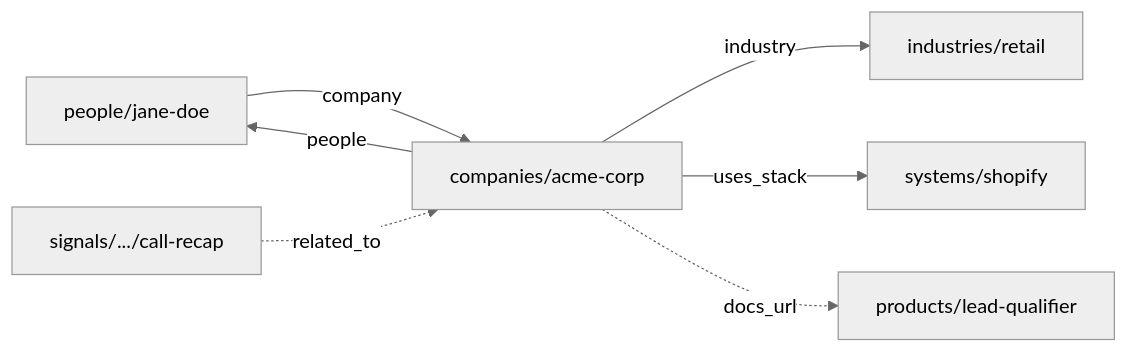
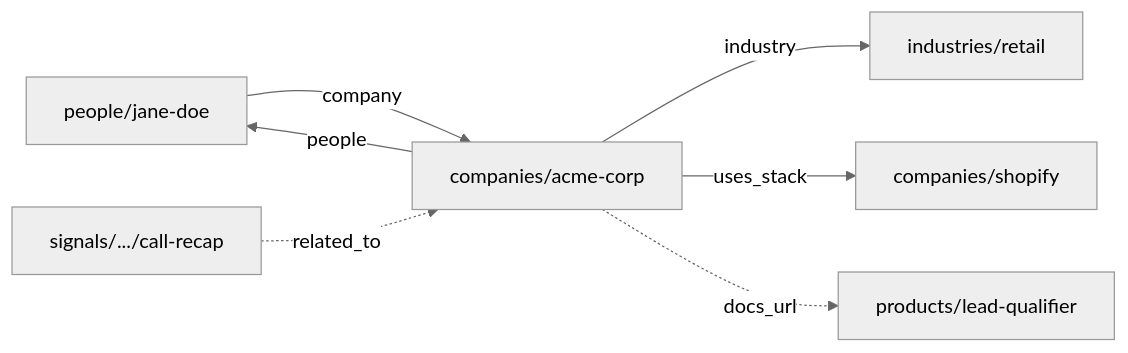
The diagram in README.md (danivellagit/company-knowledge-brain-template), drawn with Mermaid (neutral theme) before and after one commit. The commit also changed other lines of this file and 29 other files, not shown here.

````diff
--- a/README.md
+++ b/README.md
@@ -64,9 +64,9 @@
 ```mermaid
 flowchart LR
   P["people/jane-doe"] -- "company" --> C["companies/acme-corp"]
   C -- "people" --> P
   C -- "industry" --> I["industries/retail"]
-  C -- "uses_stack" --> S["systems/shopify"]
+  C -- "uses_stack" --> S["companies/shopify"]
   Sig["signals/.../call-recap"] -. "related_to" .-> C
   C -. "docs_url" .-> Pr["products/lead-qualifier"]
 ```
````
